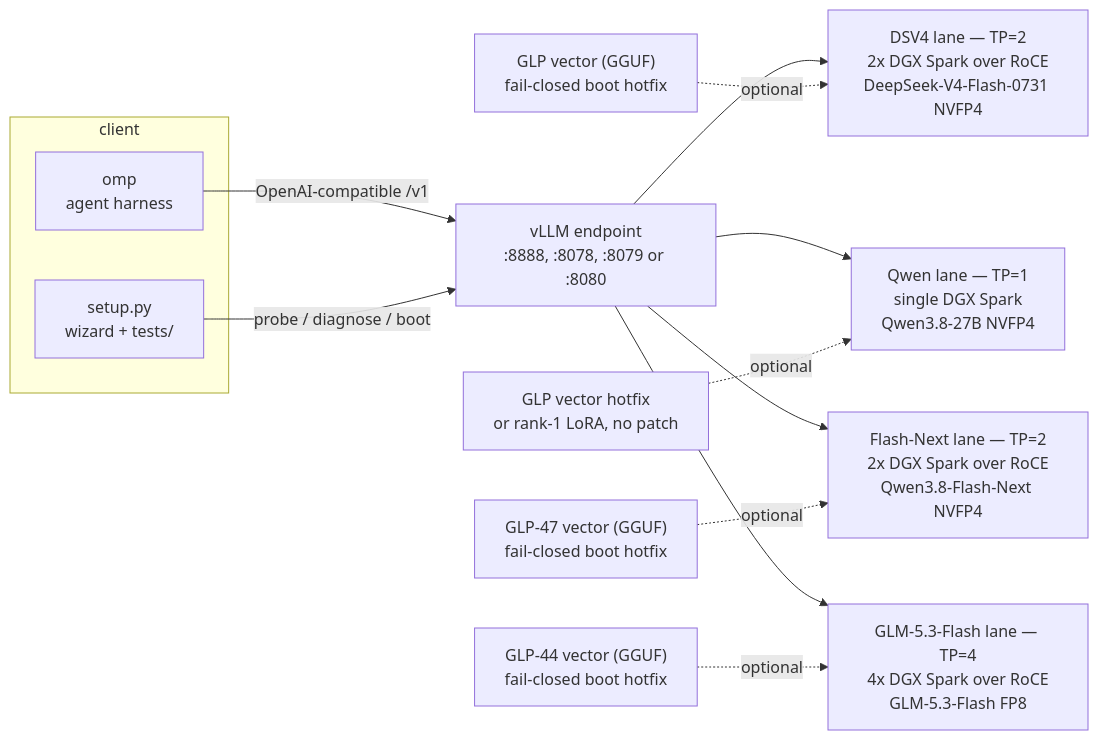
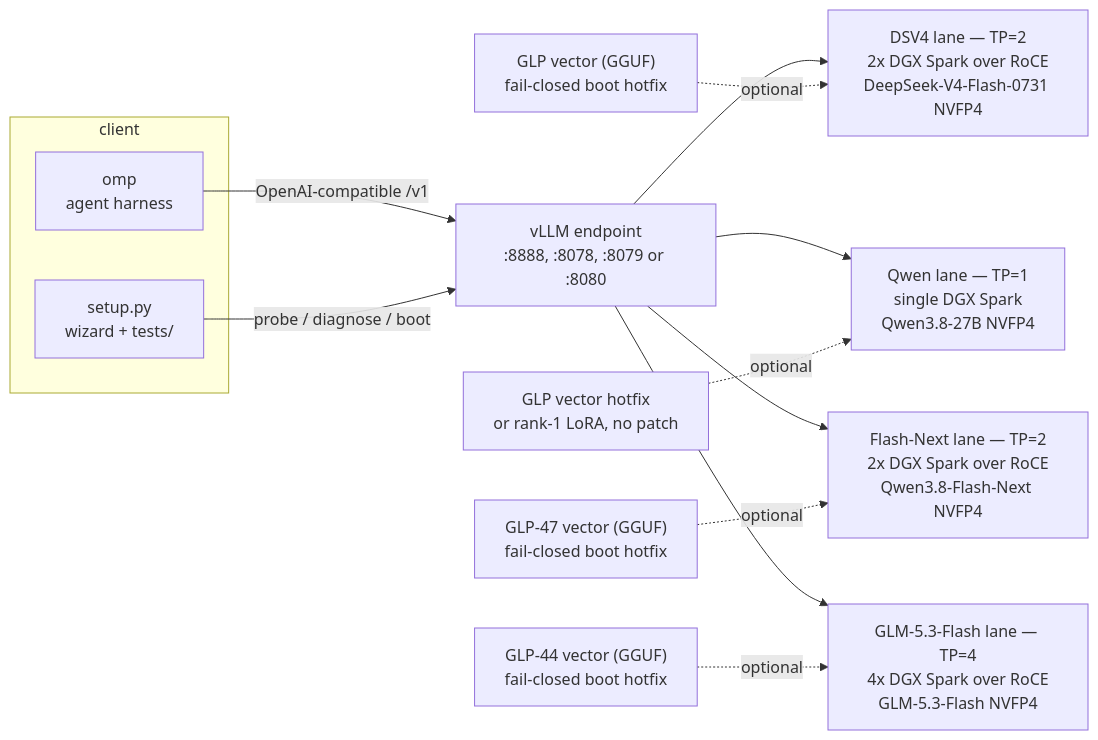
The diagram in README.md (msuiche/weightless), drawn with Mermaid before and after one commit. The commit also changed other lines of this file and 4 other files, not shown here.

First line of the commit message:
glm53 lane: fold in tonyd2wild's hardware-validated GB10 deployment

````diff
--- a/README.md
+++ b/README.md
@@ -78,17 +79,17 @@
 ```mermaid
 flowchart LR
     subgraph client[client]
         OMP["omp<br/>agent harness"]
         WIZ["setup.py<br/>wizard + tests/"]
     end
     OMP -->|OpenAI-compatible /v1| EP["vLLM endpoint<br/>:8888, :8078, :8079 or :8080"]
     WIZ -->|probe / diagnose / boot| EP
     EP --> DSV4["DSV4 lane — TP=2<br/>2x DGX Spark over RoCE<br/>DeepSeek-V4-Flash-0731 NVFP4"]
     EP --> QWEN["Qwen lane — TP=1<br/>single DGX Spark<br/>Qwen3.8-27B NVFP4"]
     EP --> QWENFN["Flash-Next lane — TP=2<br/>2x DGX Spark over RoCE<br/>Qwen3.8-Flash-Next NVFP4"]
-    EP --> GLM["GLM-5.3-Flash lane — TP=4<br/>4x DGX Spark over RoCE<br/>GLM-5.3-Flash FP8"]
+    EP --> GLM["GLM-5.3-Flash lane — TP=4<br/>4x DGX Spark over RoCE<br/>GLM-5.3-Flash NVFP4"]
     CV["GLP vector (GGUF)<br/>fail-closed boot hotfix"] -.->|optional| DSV4
     CV2["GLP vector hotfix<br/>or rank-1 LoRA, no patch"] -.->|optional| QWEN
     CV3["GLP-47 vector (GGUF)<br/>fail-closed boot hotfix"] -.->|optional| QWENFN
     CV4["GLP-44 vector (GGUF)<br/>fail-closed boot hotfix"] -.->|optional| GLM
 ```
````
